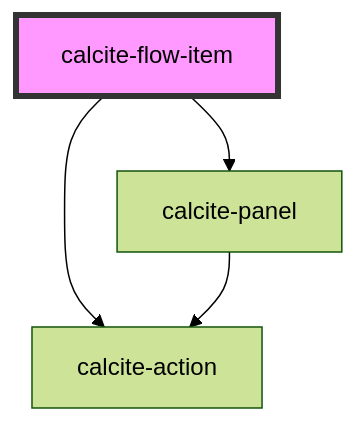
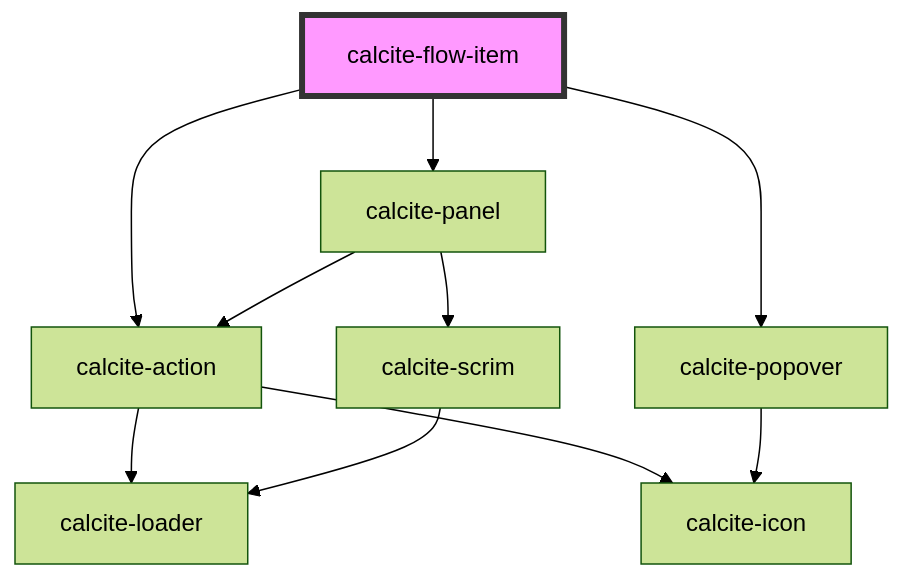
The diagram in src/components/calcite-flow-item/readme.md (Esri/calcite-design-system), drawn with Mermaid (forest theme) before and after one commit. The commit also changed other lines of this file and 27 other files, not shown here.

````diff
--- a/src/components/calcite-flow-item/readme.md
+++ b/src/components/calcite-flow-item/readme.md
@@ -49,7 +50,13 @@
 ```mermaid
 graph TD;
   calcite-flow-item --> calcite-action
+  calcite-flow-item --> calcite-popover
   calcite-flow-item --> calcite-panel
+  calcite-action --> calcite-loader
+  calcite-action --> calcite-icon
+  calcite-popover --> calcite-icon
   calcite-panel --> calcite-action
+  calcite-panel --> calcite-scrim
+  calcite-scrim --> calcite-loader
   style calcite-flow-item fill:#f9f,stroke:#333,stroke-width:4px
 ```
````
